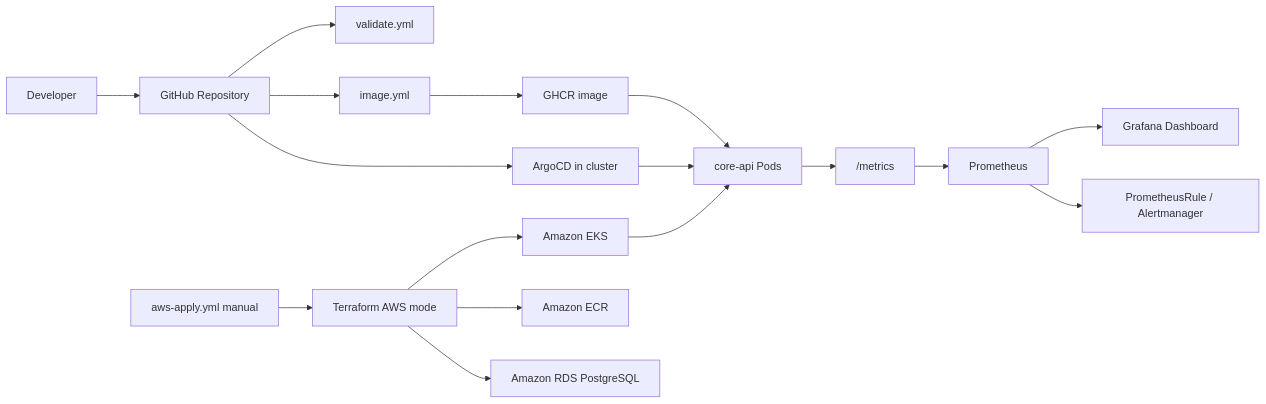
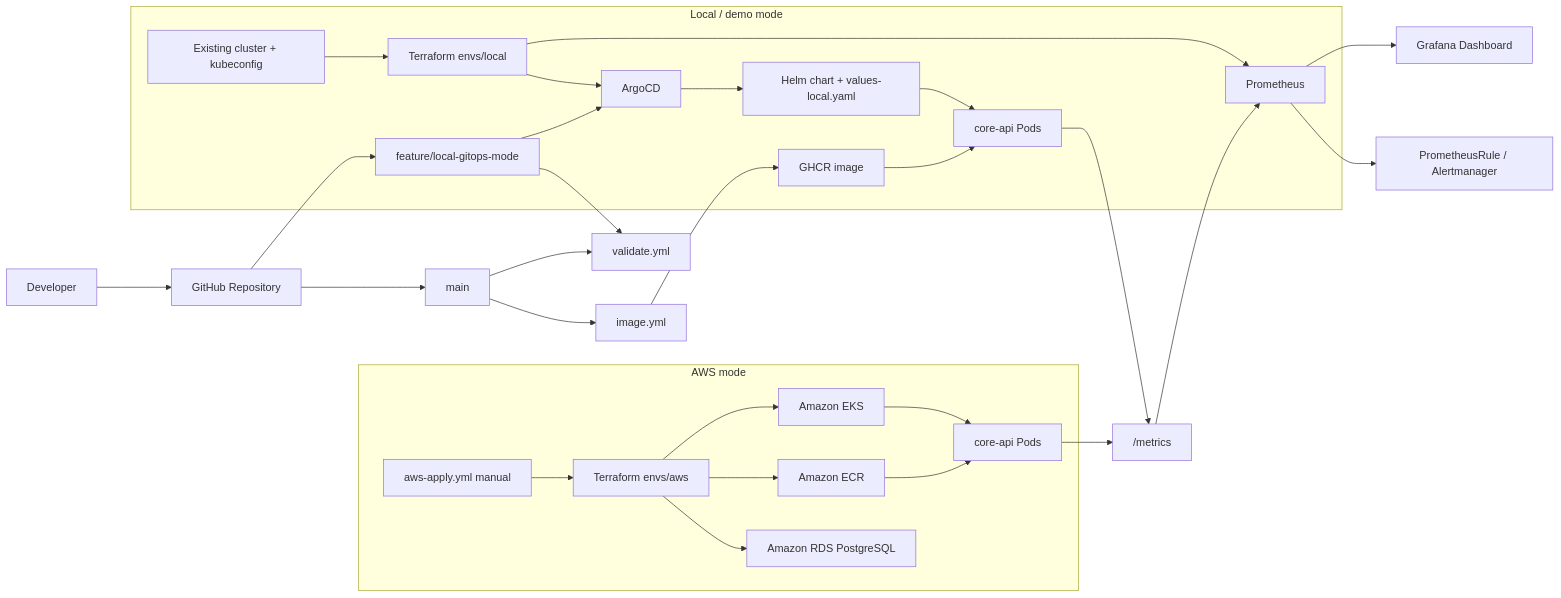
Before and after one commit to jimmy-do/k8s-gitops-delivery-platform: the diagram in README.md, drawn with Mermaid. The commit also changed other lines of this file and 2 other files, not shown here.

Commit message:
docs(dev): add local GitOps navigation helper

````diff
--- a/README.md
+++ b/README.md
@@ -39,19 +39,35 @@
 ```mermaid
 flowchart LR
   Dev["Developer"] --> GitHub["GitHub Repository"]
-  GitHub --> Validate["validate.yml"]
-  GitHub --> Image["image.yml"]
+  GitHub --> Feature["feature/local-gitops-mode"]
+  GitHub --> Main["main"]
+  Feature --> Validate["validate.yml"]
+  Main --> Validate
+  Main --> Image["image.yml"]
   Image --> GHCR["GHCR image"]
-  GitHub --> Argo["ArgoCD in cluster"]
-  GHCR --> App["core-api Pods"]
-  Argo --> App
-  AWSApply["aws-apply.yml manual"] --> Terraform["Terraform AWS mode"]
-  Terraform --> EKS["Amazon EKS"]
-  Terraform --> ECR["Amazon ECR"]
-  Terraform --> RDS["Amazon RDS PostgreSQL"]
-  EKS --> App["core-api Pods"]
-  App --> Metrics["/metrics"]
+
+  subgraph Local["Local / demo mode"]
+    Kubeconfig["Existing cluster + kubeconfig"] --> LocalTF["Terraform envs/local"]
+    LocalTF --> Argo["ArgoCD"]
+    LocalTF --> Prom["Prometheus stack"]
+    Feature --> Argo
+    Argo --> LocalHelm["Helm chart + values-local.yaml"]
+    LocalHelm --> LocalApp["core-api Pods"]
+    GHCR --> LocalApp
+  end
+
+  subgraph AWS["AWS mode"]
+    AWSApply["aws-apply.yml manual"] --> AWSTF["Terraform envs/aws"]
+    AWSTF --> EKS["Amazon EKS"]
+    AWSTF --> ECR["Amazon ECR"]
+    AWSTF --> RDS["Amazon RDS PostgreSQL"]
+    EKS --> AWSApp["core-api Pods"]
+    ECR --> AWSApp
+  end
+
+  LocalApp --> Metrics["/metrics"]
+  AWSApp --> Metrics
   Metrics --> Prom["Prometheus"]
   Prom --> Grafana["Grafana Dashboard"]
   Prom --> Alerts["PrometheusRule / Alertmanager"]
 ```
````
